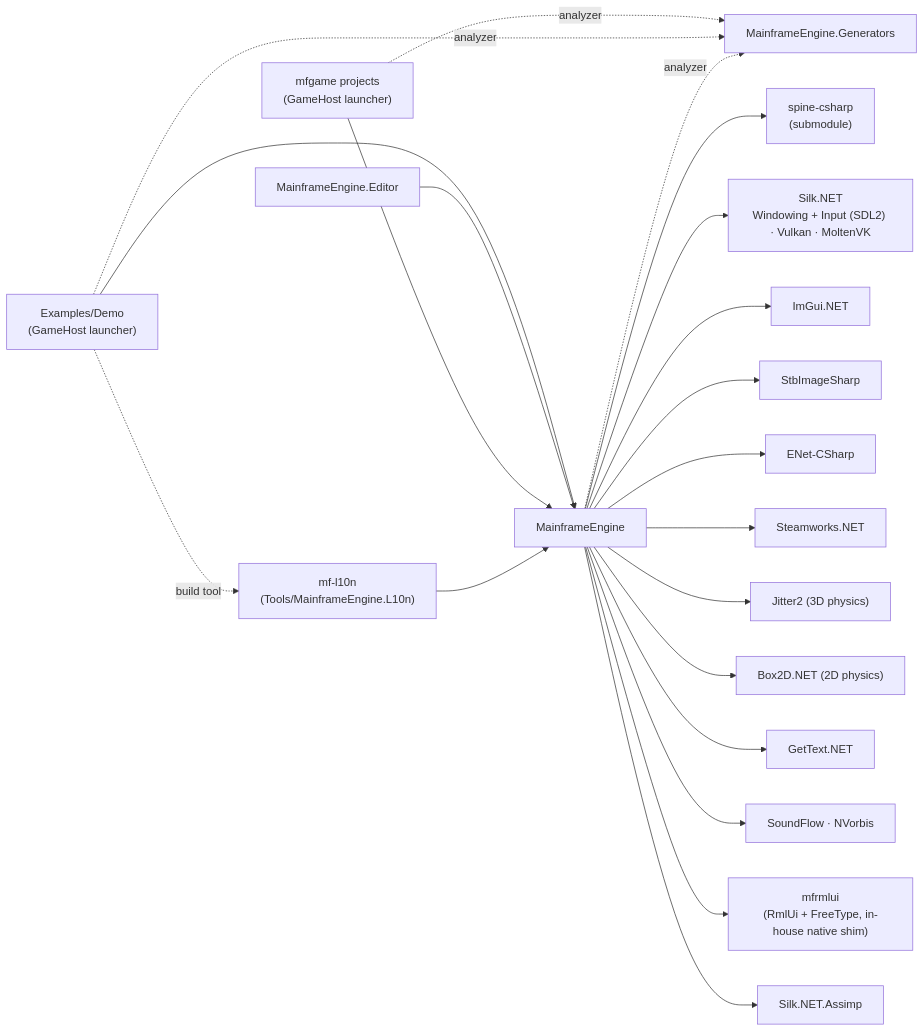
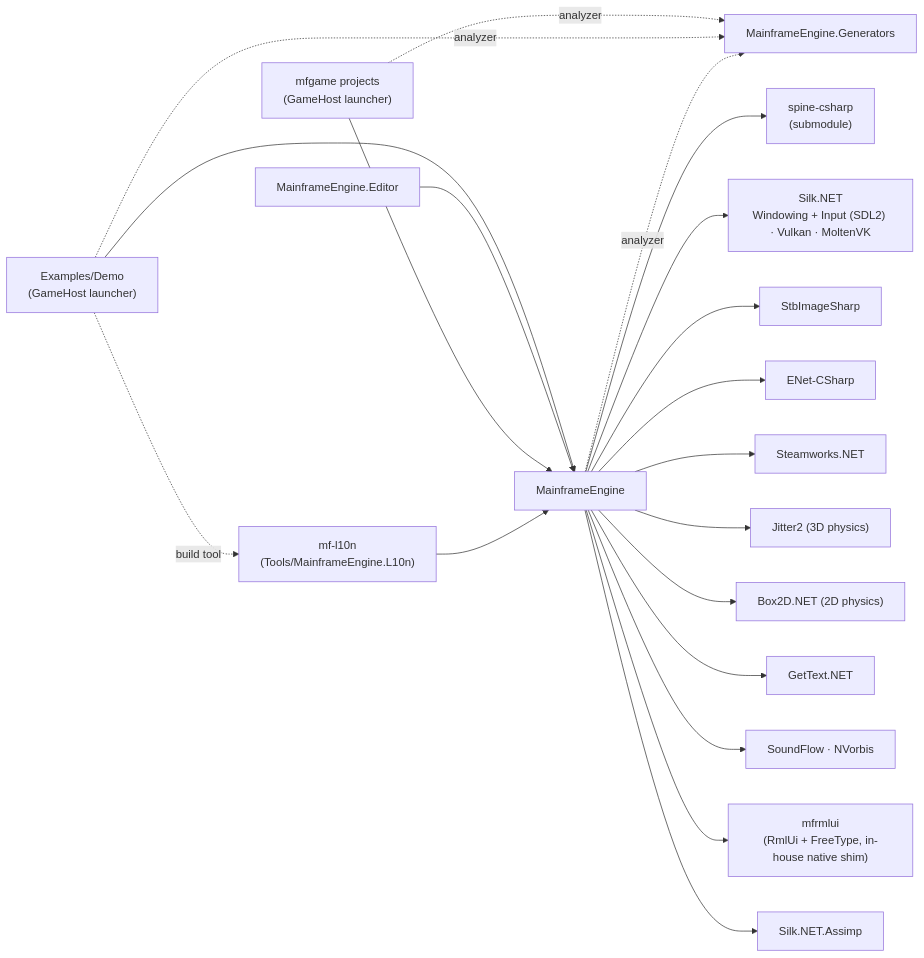
One commit to Mainframe-Games/mainframe-engine changed the diagram in docs/design/architecture-overview.md. Above: the diagram before and after it, drawn with Mermaid. The commit also changed other lines of this file and 34 other files, not shown here.

````diff
--- a/docs/design/architecture-overview.md
+++ b/docs/design/architecture-overview.md
@@ -61,23 +62,22 @@
 ```mermaid
 flowchart LR
     Demo["Examples/Demo<br/>(GameHost launcher)"] --> Engine["MainframeEngine"]
     Editor["MainframeEngine.Editor"] --> Engine
     Game["mfgame projects<br/>(GameHost launcher)"] --> Engine
     Game -. analyzer .-> Gen
     Demo -. analyzer .-> Gen["MainframeEngine.Generators"]
     Demo -. build tool .-> L10n["mf-l10n<br/>(Tools/MainframeEngine.L10n)"]
     L10n --> Engine
     Engine -. analyzer .-> Gen
     Engine --> SpineRT["spine-csharp<br/>(submodule)"]
     Engine --> Silk["Silk.NET<br/>Windowing + Input (SDL2) · Vulkan · MoltenVK"]
-    Engine --> ImGui["ImGui.NET"]
     Engine --> Stb["StbImageSharp"]
     Engine --> ENet["ENet-CSharp"]
     Engine --> Steam["Steamworks.NET"]
     Engine --> Jitter["Jitter2 (3D physics)"]
     Engine --> Box2D["Box2D.NET (2D physics)"]
     Engine --> GetText["GetText.NET"]
     Engine --> Audio["SoundFlow · NVorbis"]
     Engine --> Rml["mfrmlui<br/>(RmlUi + FreeType, in-house native shim)"]
     Engine --> Assimp["Silk.NET.Assimp"]
 ```
````
